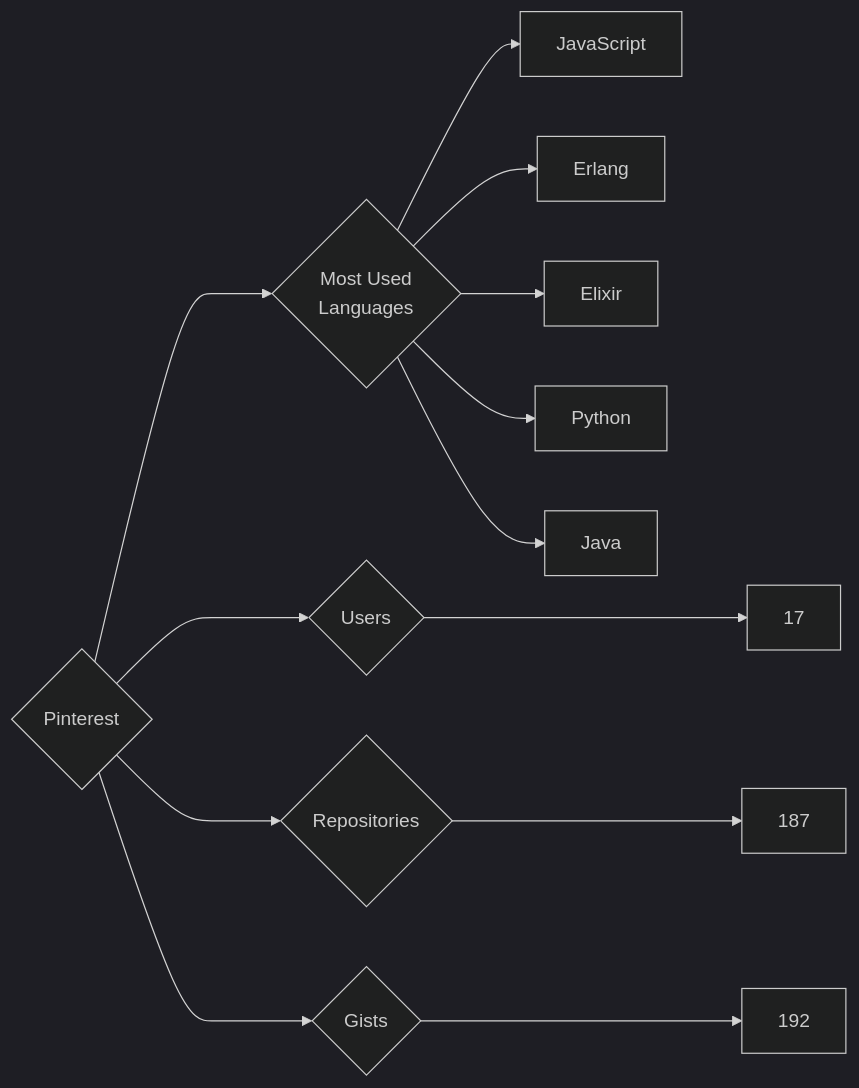
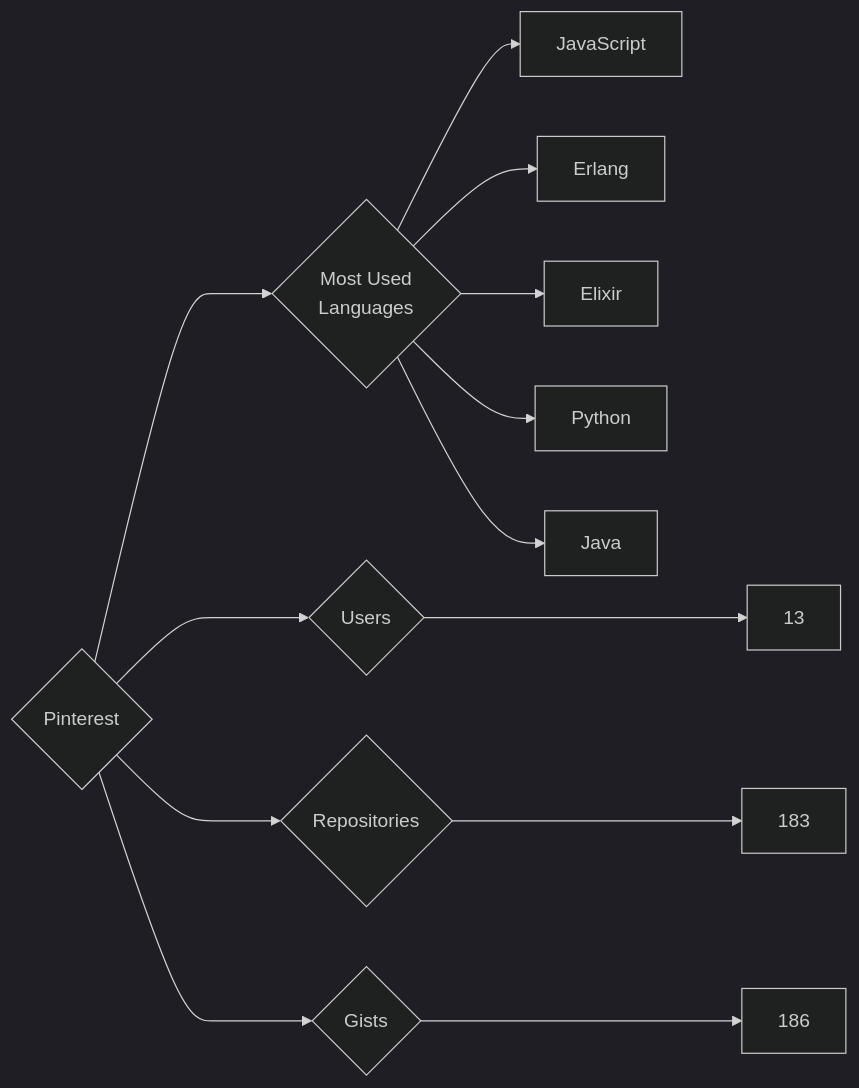
Before and after one commit to trickest/insiders: the diagram in targets/Pinterest/README.md, drawn with Mermaid (dark theme). The commit also changed 953 other files, not shown here.

````diff
--- a/targets/Pinterest/README.md
+++ b/targets/Pinterest/README.md
@@ -3,13 +3,13 @@
 ```mermaid
 graph LR
 COMPANY_NAME{Pinterest}
-COMPANY_NAME ---> U{Users} ---> UN[17]
-COMPANY_NAME ---> R{Repositories} ---> RN[187]
-COMPANY_NAME ---> G{Gists} ---> GN[192]
+COMPANY_NAME ---> U{Users} ---> UN[13]
+COMPANY_NAME ---> R{Repositories} ---> RN[183]
+COMPANY_NAME ---> G{Gists} ---> GN[186]
 COMPANY_NAME ---> ML{Most Used<br>Languages}
 ML --> JavaScript[JavaScript]
 ML --> Erlang[Erlang]
 ML --> Elixir[Elixir]
 ML --> Python[Python]
 ML --> Java[Java]
 ```
````
